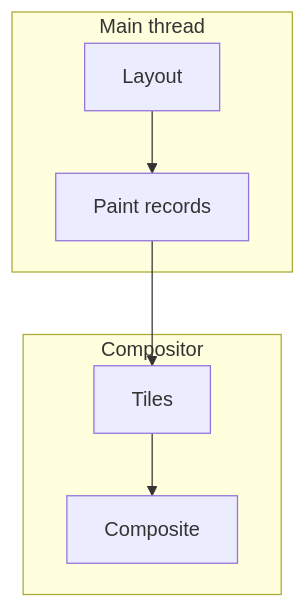
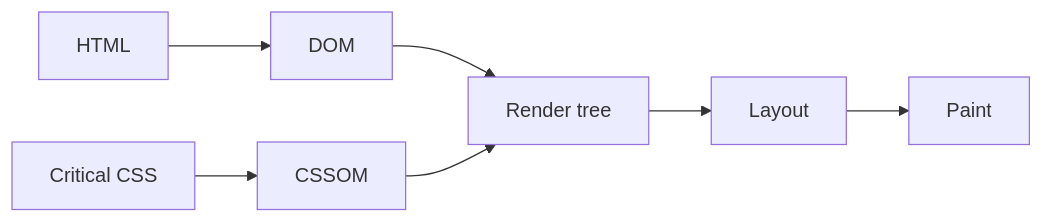
The sixth of 6 diagrams in docs/browser/02-rendering-pipeline.md (prajjwaljogdand/FullstackPreparation), drawn with Mermaid before and after one commit. The commit also changed other lines of this file and 91 other files, not shown here.

````diff
--- a/docs/browser/02-rendering-pipeline.md
+++ b/docs/browser/02-rendering-pipeline.md
@@ -93,12 +543,9 @@
 ```mermaid
-flowchart TB
-  subgraph Main["Main thread"]
-    L[Layout]
-    P[Paint records]
-  end
-  subgraph Comp["Compositor"]
-    T[Tiles]
-    C[Composite]
-  end
-  L --> P --> T --> C
+flowchart LR
+  HTML["HTML"] --> DOM
+  CSS["Critical CSS"] --> CSSOM
+  DOM --> RT["Render tree"]
+  CSSOM --> RT
+  RT --> L["Layout"]
+  L --> P["Paint"]
 ```
````
